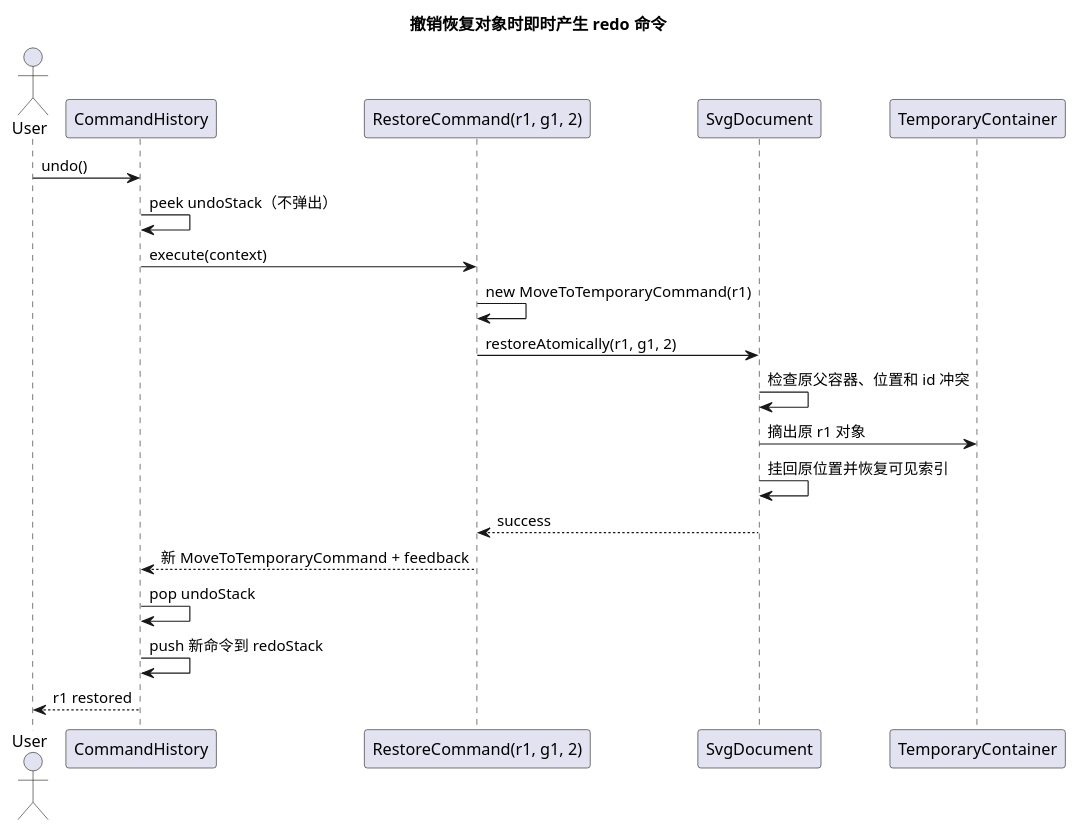
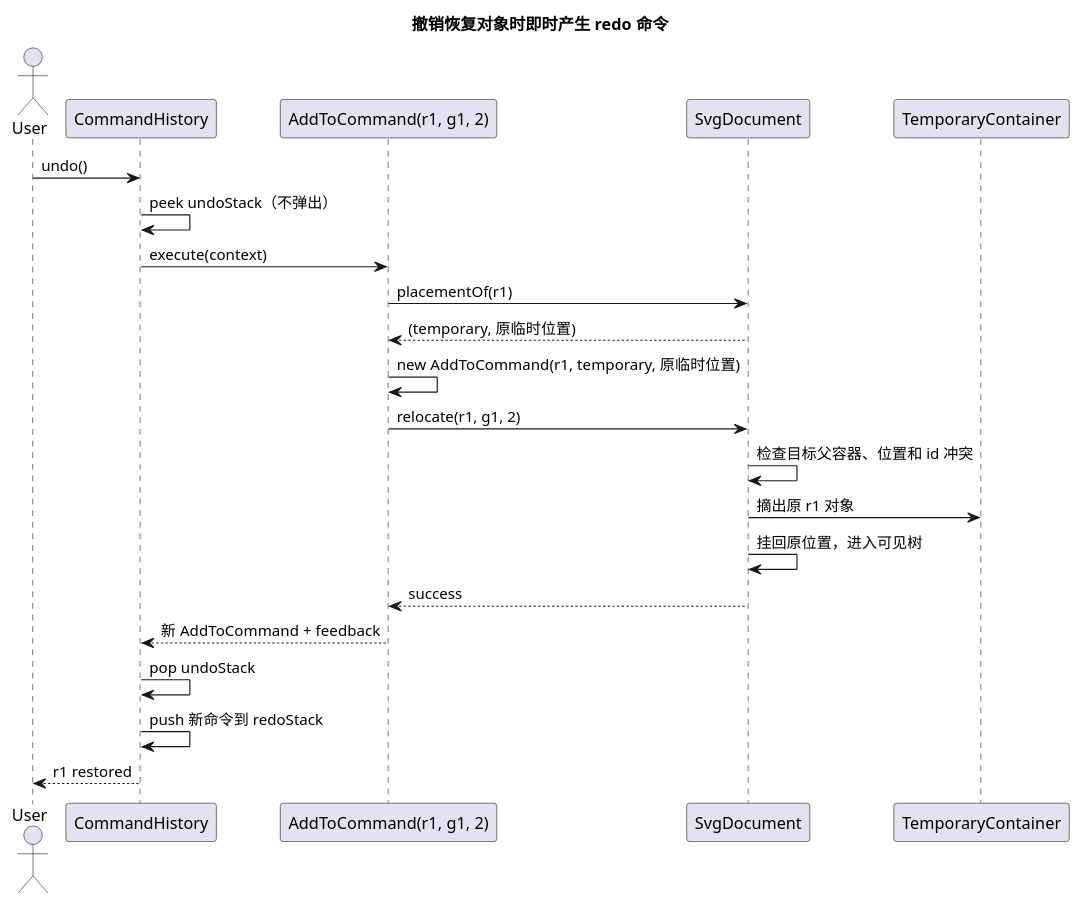
The diagram in doc/undo_redo_pseudocode.md (x-J-beta/svg-cli-command-core), drawn with PlantUML before and after one commit. The commit also changed other lines of this file and 5 other files, not shown here.

Commit message:
docs: document architecture and add flowchart examples

````diff
--- a/doc/undo_redo_pseudocode.md
+++ b/doc/undo_redo_pseudocode.md
@@ -270,24 +263,26 @@
 ```plantuml
 @startuml
 title 撤销恢复对象时即时产生 redo 命令
 actor User
 participant CommandHistory as History
-participant "RestoreCommand(r1, g1, 2)" as Restore
+participant "AddToCommand(r1, g1, 2)" as Restore
 participant SvgDocument as Document
 participant TemporaryContainer as Temporary
 
 User -> History : undo()
 History -> History : peek undoStack（不弹出）
 History -> Restore : execute(context)
-Restore -> Restore : new MoveToTemporaryCommand(r1)
-Restore -> Document : restoreAtomically(r1, g1, 2)
-Document -> Document : 检查原父容器、位置和 id 冲突
+Restore -> Document : placementOf(r1)
+Document --> Restore : (temporary, 原临时位置)
+Restore -> Restore : new AddToCommand(r1, temporary, 原临时位置)
+Restore -> Document : relocate(r1, g1, 2)
+Document -> Document : 检查目标父容器、位置和 id 冲突
 Document -> Temporary : 摘出原 r1 对象
-Document -> Document : 挂回原位置并恢复可见索引
+Document -> Document : 挂回原位置，进入可见树
 Document --> Restore : success
-Restore --> History : 新 MoveToTemporaryCommand + feedback
+Restore --> History : 新 AddToCommand + feedback
 History -> History : pop undoStack
 History -> History : push 新命令到 redoStack
 History --> User : r1 restored
 @enduml
 ```
````
